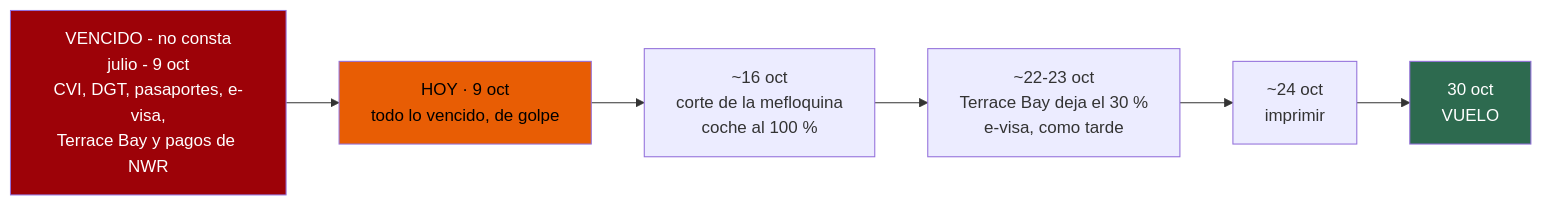
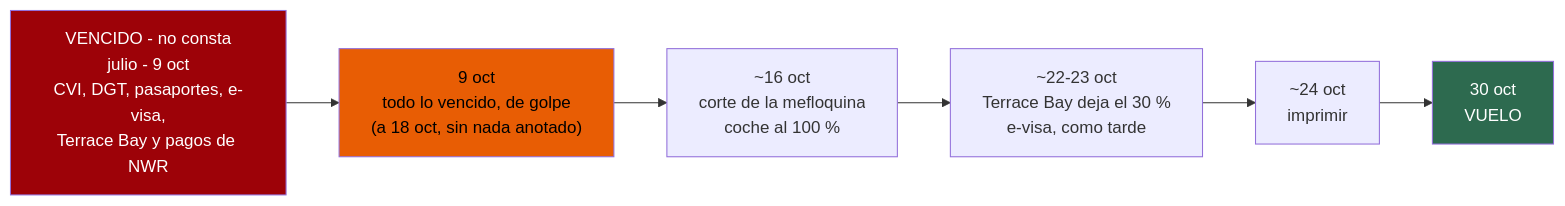
Before and after one commit to morandeirachema/namibia: the second of 5 diagrams in 04-guia-preparacion.md, drawn with Mermaid. The commit also changed other lines of this file and 22 other files, not shown here.

````diff
--- a/04-guia-preparacion.md
+++ b/04-guia-preparacion.md
@@ -116,10 +116,10 @@
 ```mermaid
 flowchart LR
 %% ancho
-    J["VENCIDO - no consta<br/>julio - 9 oct<br/>CVI, DGT, pasaportes, e-visa,<br/>Terrace Bay y pagos de NWR"] --> A["HOY · 9 oct<br/>todo lo vencido, de golpe"]
+    J["VENCIDO - no consta<br/>julio - 9 oct<br/>CVI, DGT, pasaportes, e-visa,<br/>Terrace Bay y pagos de NWR"] --> A["9 oct<br/>todo lo vencido, de golpe<br/>(a 18 oct, sin nada anotado)"]
     A --> O1["~16 oct<br/>corte de la mefloquina<br/>coche al 100 %"] --> O2["~22-23 oct<br/>Terrace Bay deja el 30 %<br/>e-visa, como tarde"] --> O3["~24 oct<br/>imprimir"]
     O3 --> F["30 oct<br/>VUELO"]
     style J fill:#9d0208,color:#fff
     style A fill:#e85d04,color:#000
     style F fill:#2d6a4f,color:#fff
 ```
````
